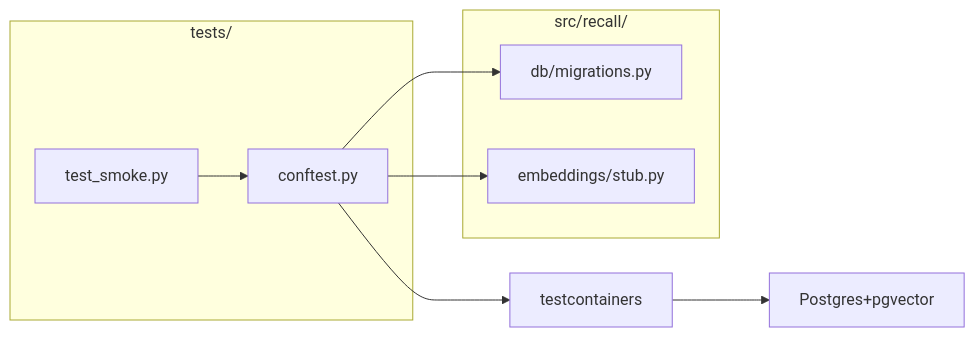
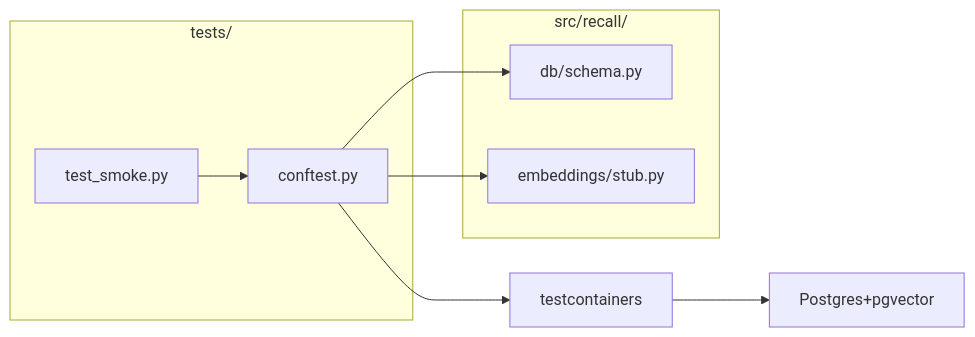
The second of 2 diagrams in docs/design/lld-e05-test-fixture.md (mironyx/recall), drawn with Mermaid before and after one commit. The commit also changed other lines of this file and 7 other files, not shown here.

````diff
--- a/docs/design/lld-e05-test-fixture.md
+++ b/docs/design/lld-e05-test-fixture.md
@@ -54,19 +56,19 @@
 ```mermaid
 graph LR
     subgraph "tests/"
         Conftest["conftest.py"]
         Smoke["test_smoke.py"]
     end
     subgraph "src/recall/"
-        MR["db/migrations.py"]
+        MR["db/schema.py"]
         Embed["embeddings/stub.py"]
     end
     TC["testcontainers"]
     PG["Postgres+pgvector"]
 
     Conftest --> TC
     Conftest --> MR
     Conftest --> Embed
     TC --> PG
     Smoke --> Conftest
 ```
````
